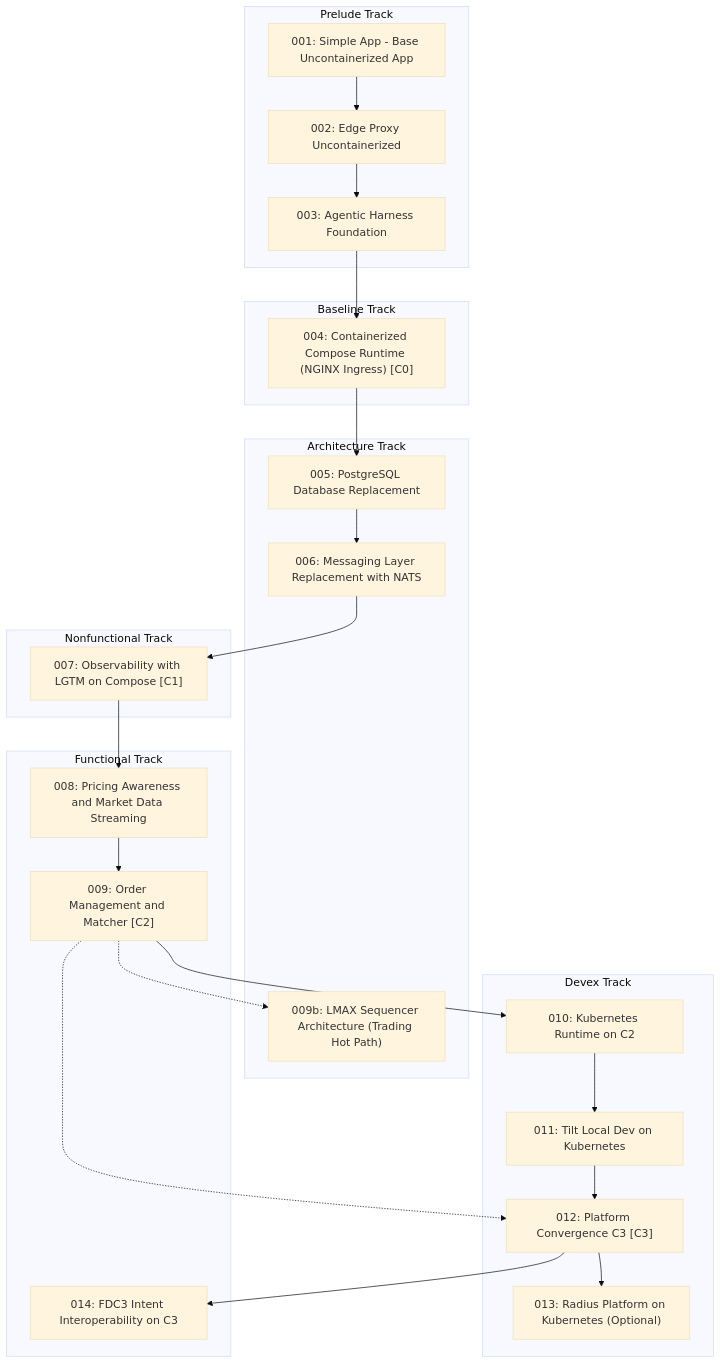
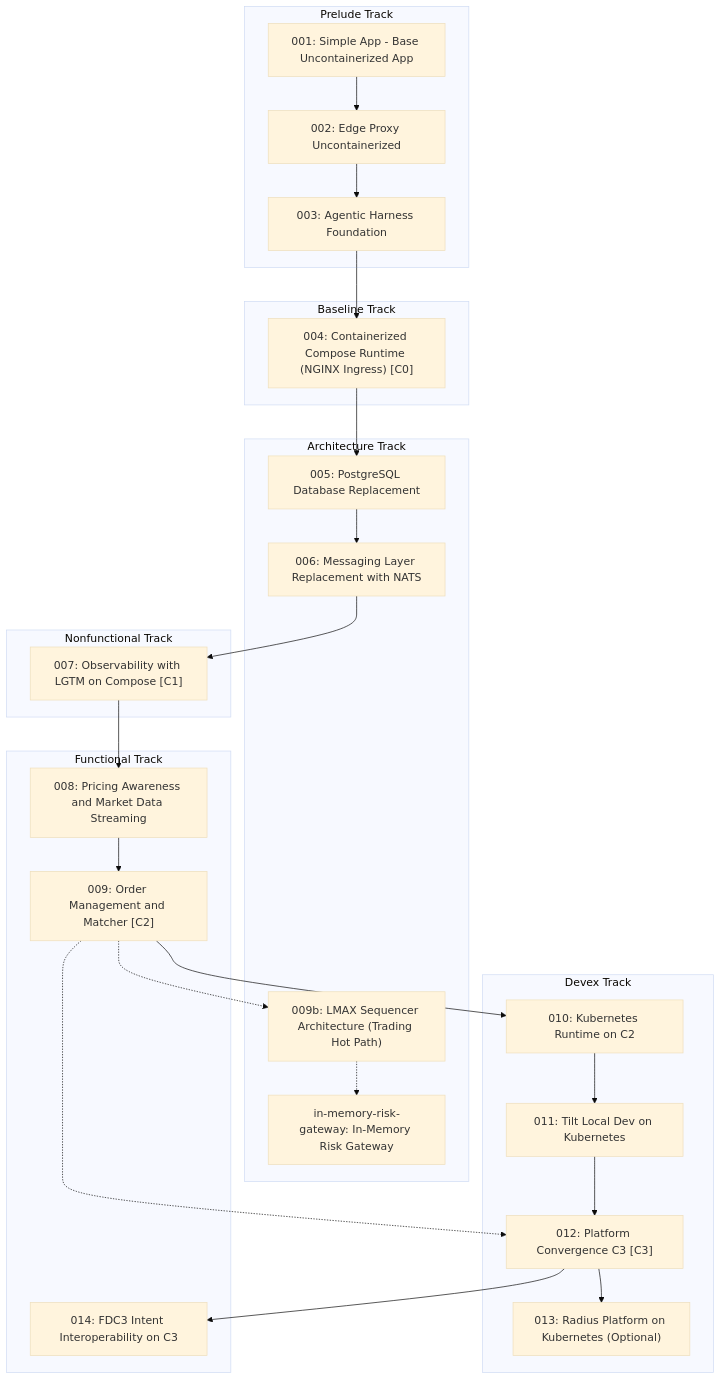
Before and after one commit to YU-CS-Summer-2026-Distributed-TraderX/traderX: the third of 3 diagrams in docs/learning-paths/index.md, drawn with Mermaid (base theme). The commit also changed other lines of this file and 108 other files, not shown here.

````diff
--- a/docs/learning-paths/index.md
+++ b/docs/learning-paths/index.md
@@ -112,46 +116,48 @@
 ```mermaid
 flowchart TB
   subgraph PRELUDE["Prelude Track"]
     S001_baseline_uncontainerized_parity["001: Simple App - Base Uncontainerized App"]
     S002_edge_proxy_uncontainerized["002: Edge Proxy Uncontainerized"]
     S003_agentic_harness_foundation["003: Agentic Harness Foundation"]
   end
   subgraph BASELINE["Baseline Track"]
     S004_containerized_compose_runtime["004: Containerized Compose Runtime (NGINX Ingress) [C0]"]
   end
   subgraph ARCHITECTURE["Architecture Track"]
     S005_postgres_database_replacement["005: PostgreSQL Database Replacement"]
     S006_messaging_nats_replacement["006: Messaging Layer Replacement with NATS"]
     S009b_lmax_sequencer_architecture["009b: LMAX Sequencer Architecture (Trading Hot Path)"]
+    Sin_memory_risk_gateway["in-memory-risk-gateway: In-Memory Risk Gateway"]
   end
   subgraph NONFUNCTIONAL["Nonfunctional Track"]
     S007_observability_lgtm_compose["007: Observability with LGTM on Compose [C1]"]
   end
   subgraph FUNCTIONAL["Functional Track"]
     S008_pricing_awareness_market_data["008: Pricing Awareness and Market Data Streaming"]
     S009_order_management_matcher["009: Order Management and Matcher [C2]"]
     S014_fdc3_intent_interoperability["014: FDC3 Intent Interoperability on C3"]
   end
   subgraph DEVEX["Devex Track"]
     S010_kubernetes_runtime["010: Kubernetes Runtime on C2"]
     S011_tilt_kubernetes_dev_loop["011: Tilt Local Dev on Kubernetes"]
     S012_platform_convergence_c3["012: Platform Convergence C3 [C3]"]
     S013_radius_kubernetes_platform["013: Radius Platform on Kubernetes (Optional)"]
   end
   S001_baseline_uncontainerized_parity --> S002_edge_proxy_uncontainerized
   S002_edge_proxy_uncontainerized --> S003_agentic_harness_foundation
   S003_agentic_harness_foundation --> S004_containerized_compose_runtime
   S004_containerized_compose_runtime --> S005_postgres_database_replacement
   S005_postgres_database_replacement --> S006_messaging_nats_replacement
   S006_messaging_nats_replacement --> S007_observability_lgtm_compose
   S007_observability_lgtm_compose --> S008_pricing_awareness_market_data
   S008_pricing_awareness_market_data --> S009_order_management_matcher
   S009_order_management_matcher -.-> S009b_lmax_sequencer_architecture
+  S009b_lmax_sequencer_architecture -.-> Sin_memory_risk_gateway
   S009_order_management_matcher --> S010_kubernetes_runtime
   S010_kubernetes_runtime --> S011_tilt_kubernetes_dev_loop
   S011_tilt_kubernetes_dev_loop --> S012_platform_convergence_c3
   S012_platform_convergence_c3 --> S013_radius_kubernetes_platform
   S012_platform_convergence_c3 --> S014_fdc3_intent_interoperability
   S009_order_management_matcher -.-> S012_platform_convergence_c3
   classDef convergence fill:#d7f5dd,stroke:#2e7d32,stroke-width:2px
 ```
````
